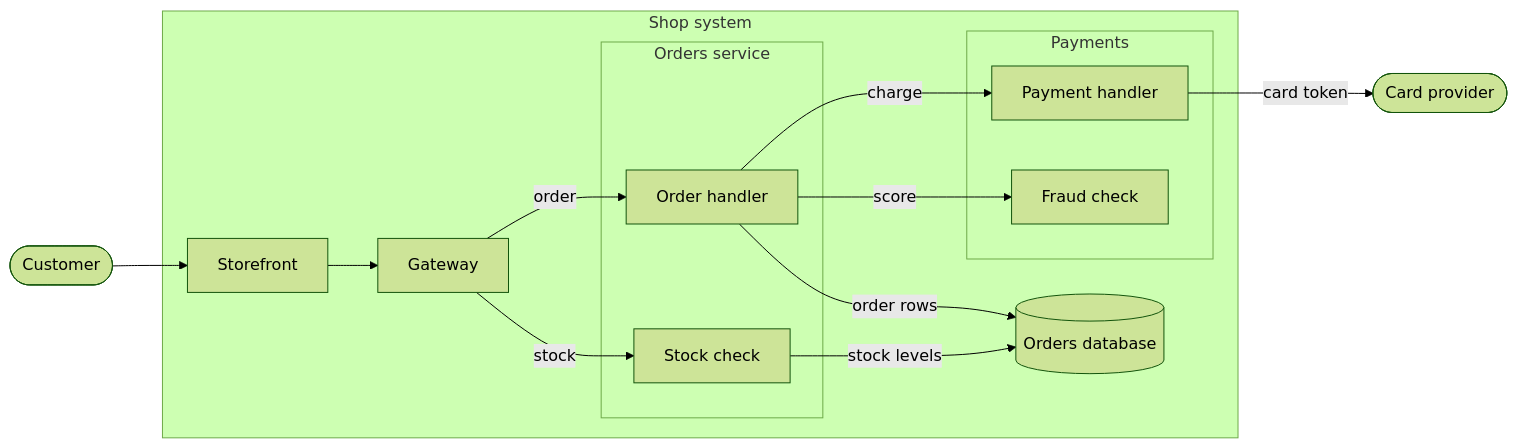
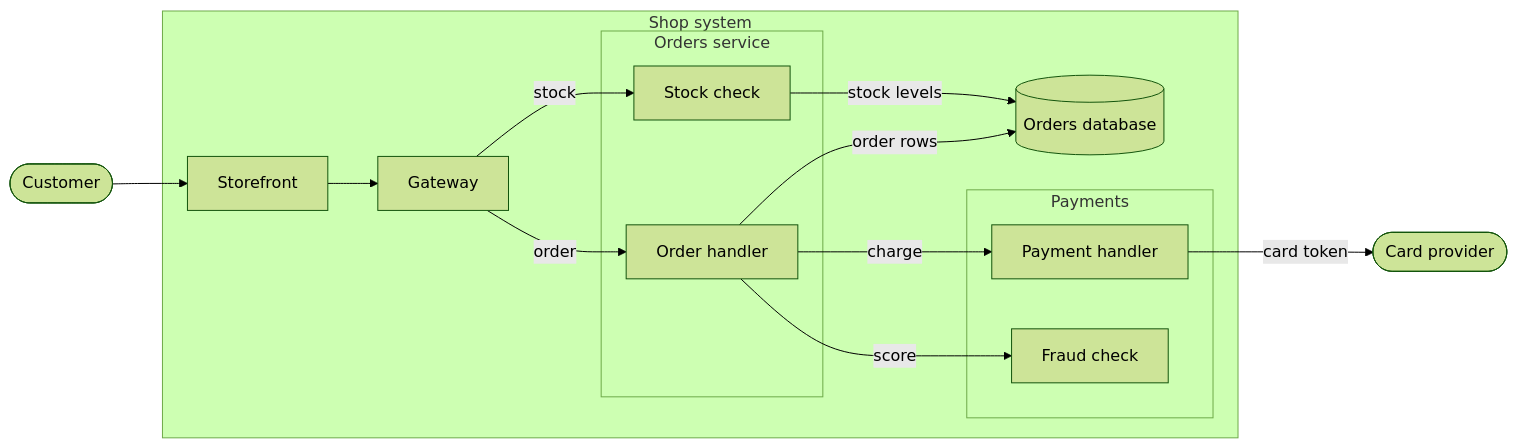
Before and after one commit to nvsravank/avagahana: the diagram in examples/maps/slow-checkout.md, drawn with Mermaid (forest theme). The commit also changed other lines of this file and 25 other files, not shown here.

````diff
--- a/examples/maps/slow-checkout.md
+++ b/examples/maps/slow-checkout.md
@@ -3,32 +3,32 @@
 ```mermaid
 flowchart LR
-  customer(["Customer"])
+  psp(["Card provider"])
   subgraph shop [Shop system]
-    ui["Storefront"]
-    gw["Gateway"]
-    subgraph orders [Orders service]
-      ord["Order handler"]
-      stock["Stock check"]
-    end
+    db[("Orders database")]
     subgraph pay [Payments]
       payh["Payment handler"]
       fraud["Fraud check"]
     end
-    db[("Orders database")]
+    ui["Storefront"]
+    subgraph orders [Orders service]
+      stock["Stock check"]
+      ord["Order handler"]
+    end
+    gw["Gateway"]
   end
-  psp(["Card provider"])
+  customer(["Customer"])
 
+  stock e7@-->|stock levels| db
+  ui e1@--> gw
+  ord e8@-->|order rows| db
   customer --> ui
-  ui e1@--> gw
+  payh e6@-->|card token| psp
+  ord e4@-->|charge| payh
+  gw e3@-->|stock| stock
   gw e2@-->|order| ord
-  gw e3@-->|stock| stock
-  ord e4@-->|charge| payh
   ord e5@-->|score| fraud
-  payh e6@-->|card token| psp
-  stock e7@-->|stock levels| db
-  ord e8@-->|order rows| db
 
   class customer person
   class psp external
   class db database
 ```
````
